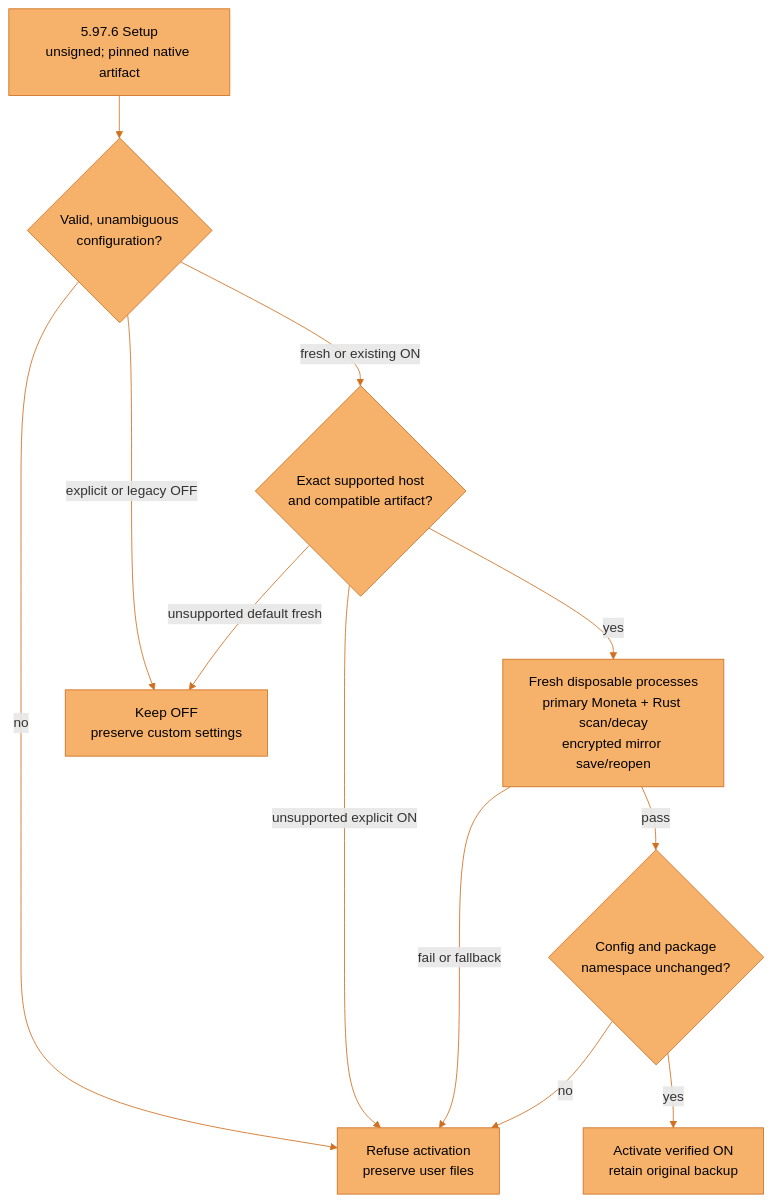
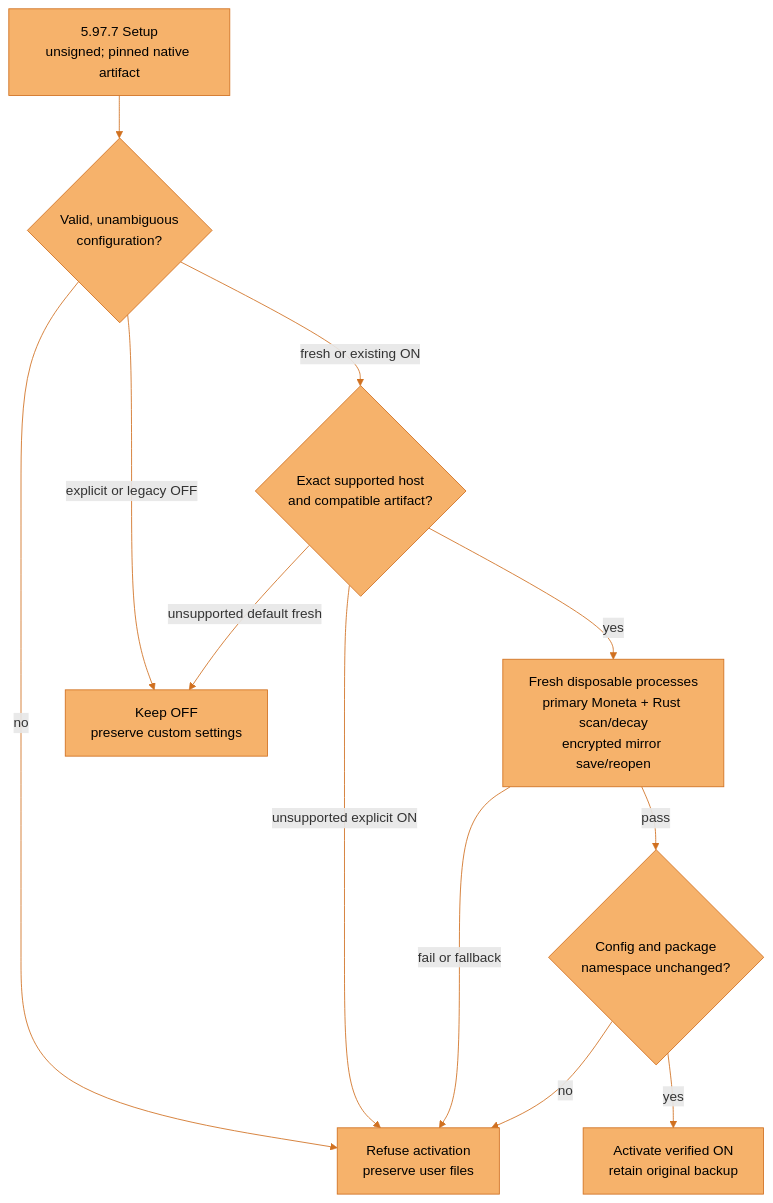
One commit to JosephOIbrahim/Synapse changed the first of 11 diagrams in docs/architecture/overview.md. Above: the diagram before and after it, drawn with Mermaid. The commit also changed other lines of this file and 40 other files, not shown here.

````diff
--- a/docs/architecture/overview.md
+++ b/docs/architecture/overview.md
@@ -12,18 +12,18 @@
 ```mermaid
 flowchart TD
     accTitle: Native activation preserves choices and requires real execution
     accDescr: Setup validates and snapshots the configuration. Explicit OFF and legacy default OFF stay OFF. Fresh supported hosts and existing ON setups need a pinned compatible artifact and actual disposable Moneta scan, decay and encrypted mirror reopen. Failure preserves registration. Configuration or namespace edits refuse activation. Default fresh hosts without explicit ON stay OFF when unsupported; explicit ON refuses when qualification is unavailable.
-    S["5.97.6 Setup<br/>unsigned; pinned native artifact"] --> V{"Valid, unambiguous<br/>configuration?"}
+    S["5.97.7 Setup<br/>unsigned; pinned native artifact"] --> V{"Valid, unambiguous<br/>configuration?"}
     V -->|"no"| B["Refuse activation<br/>preserve user files"]
     V -->|"explicit or legacy OFF"| O["Keep OFF<br/>preserve custom settings"]
     V -->|"fresh or existing ON"| H{"Exact supported host<br/>and compatible artifact?"}
     H -->|"unsupported default fresh"| O
     H -->|"unsupported explicit ON"| B
     H -->|"yes"| E["Fresh disposable processes<br/>primary Moneta + Rust scan/decay<br/>encrypted mirror save/reopen"]
     E -->|"fail or fallback"| B
     E -->|"pass"| C{"Config and package<br/>namespace unchanged?"}
     C -->|"no"| B
     C -->|"yes"| A["Activate verified ON<br/>retain original backup"]
     classDef default fill:#F6B26B,stroke:#D07020,color:#000000
     linkStyle default stroke:#D07020,fill:none
 ```
````
